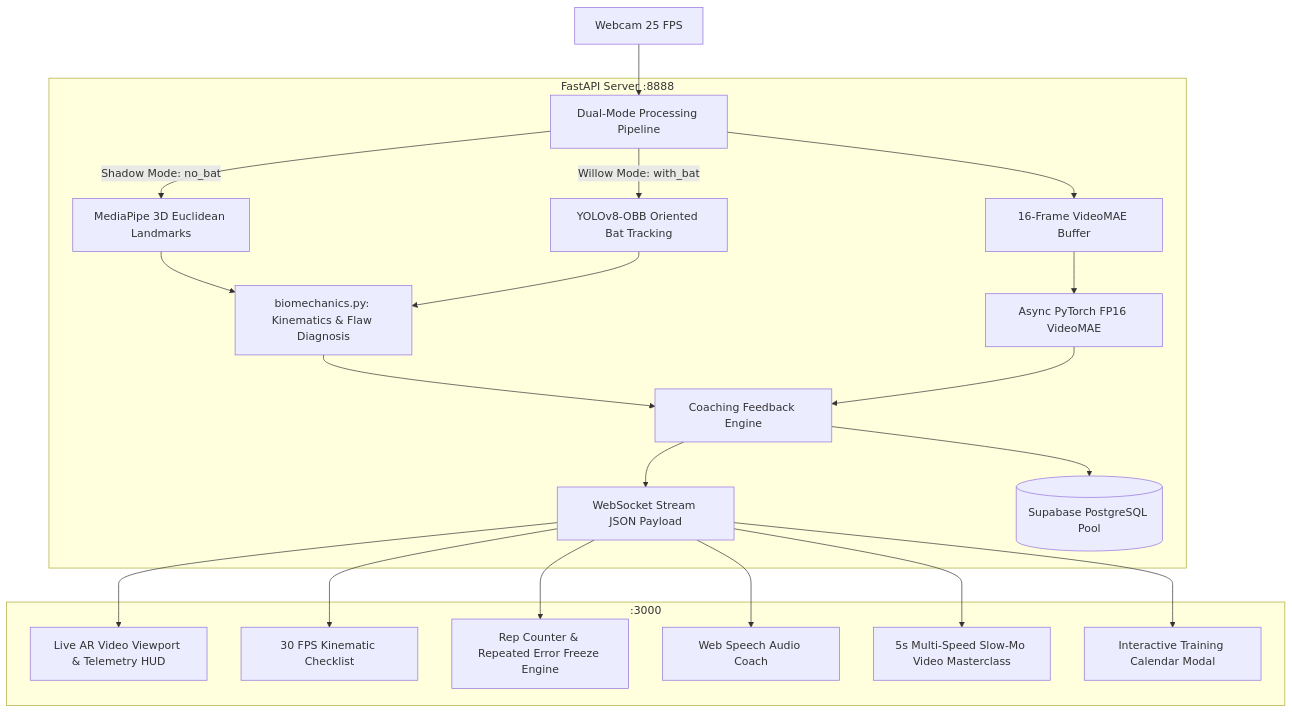
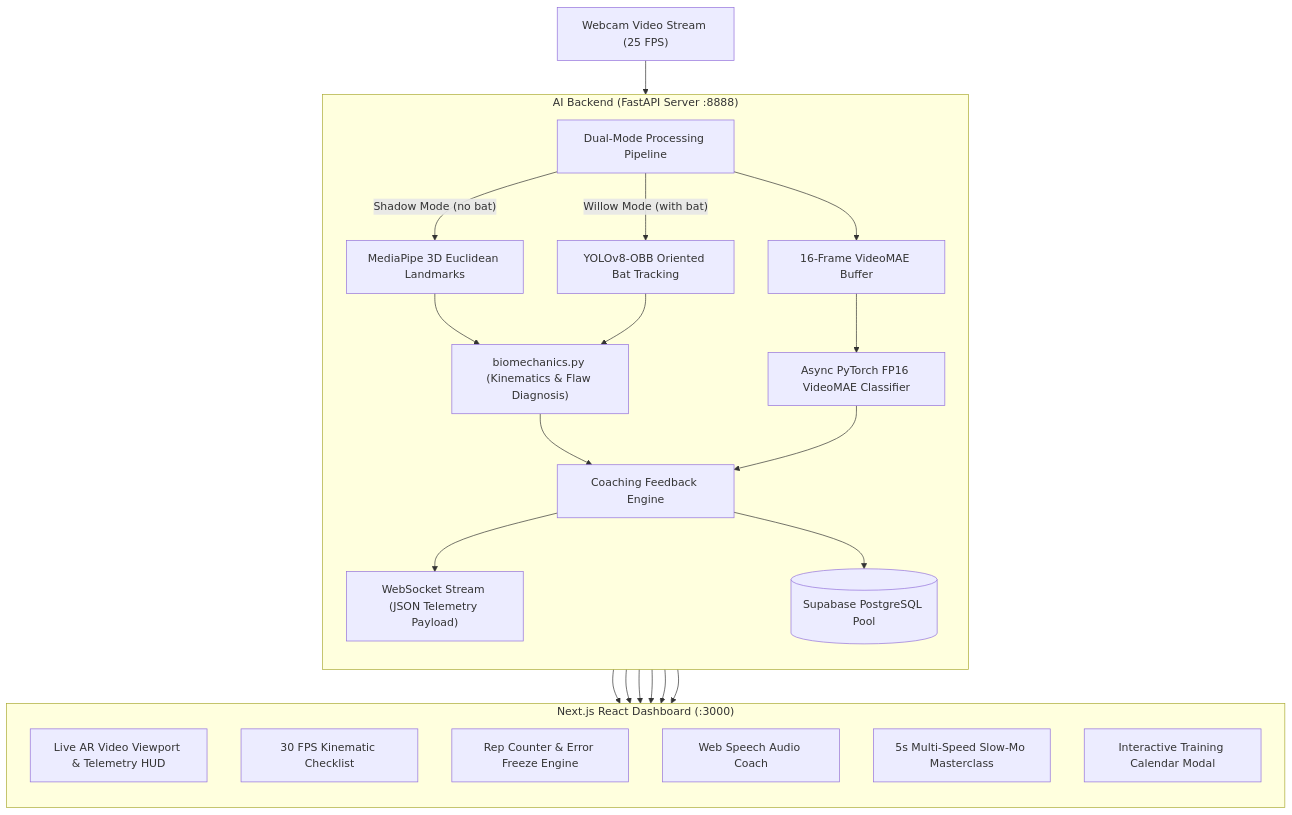
One commit to Arnavch2024/BattingCoach changed the diagram in README.md. Above: the diagram before and after it, drawn with Mermaid. The commit also changed 2 other files, not shown here.

Commit message:
fix(docs): resolve Mermaid architecture rendering collision; feat(security): add zero-trust Bearer auth & brute-force protection to admin dashboard

````diff
--- a/README.md
+++ b/README.md
@@ -131,26 +131,31 @@
 ```mermaid
-graph TD
-    A[Webcam 25 FPS] --> B[Dual-Mode Processing Pipeline]
-    
-    subgraph AI Backend [FastAPI Server :8888]
-        B -->|Shadow Mode: no_bat| C[MediaPipe 3D Euclidean Landmarks]
-        B -->|Willow Mode: with_bat| D[YOLOv8-OBB Oriented Bat Tracking]
-        C --> E[biomechanics.py: Kinematics & Flaw Diagnosis]
+flowchart TD
+    A["Webcam Video Stream (25 FPS)"] --> B["Dual-Mode Processing Pipeline"]
+
+    subgraph Backend ["AI Backend (FastAPI Server :8888)"]
+        direction TB
+        B -->|"Shadow Mode (no bat)"| C["MediaPipe 3D Euclidean Landmarks"]
+        B -->|"Willow Mode (with bat)"| D["YOLOv8-OBB Oriented Bat Tracking"]
+        B --> F["16-Frame VideoMAE Buffer"]
+        
+        C --> E["biomechanics.py (Kinematics & Flaw Diagnosis)"]
         D --> E
-        B --> F[16-Frame VideoMAE Buffer]
-        F --> G[Async PyTorch FP16 VideoMAE]
-        E --> H[Coaching Feedback Engine]
+        F --> G["Async PyTorch FP16 VideoMAE Classifier"]
+        
+        E --> H["Coaching Feedback Engine"]
         G --> H
-        H --> I[WebSocket Stream JSON Payload]
-        H --> J[(Supabase PostgreSQL Pool)]
+        
+        H --> I["WebSocket Stream (JSON Telemetry Payload)"]
+        H --> J[("Supabase PostgreSQL Pool")]
     end
-    
-    subgraph Next.js React Dashboard [:3000]
-        I --> K[Live AR Video Viewport & Telemetry HUD]
-        I --> L[30 FPS Kinematic Checklist]
-        I --> M[Rep Counter & Repeated Error Freeze Engine]
-        I --> N[Web Speech Audio Coach]
-        I --> O[5s Multi-Speed Slow-Mo Video Masterclass]
-        I --> P[Interactive Training Calendar Modal]
+
+    subgraph Frontend ["Next.js React Dashboard (:3000)"]
+        direction TB
+        I --> K["Live AR Video Viewport & Telemetry HUD"]
+        I --> L["30 FPS Kinematic Checklist"]
+        I --> M["Rep Counter & Error Freeze Engine"]
+        I --> N["Web Speech Audio Coach"]
+        I --> O["5s Multi-Speed Slow-Mo Masterclass"]
+        I --> P["Interactive Training Calendar Modal"]
     end
 ```
````
